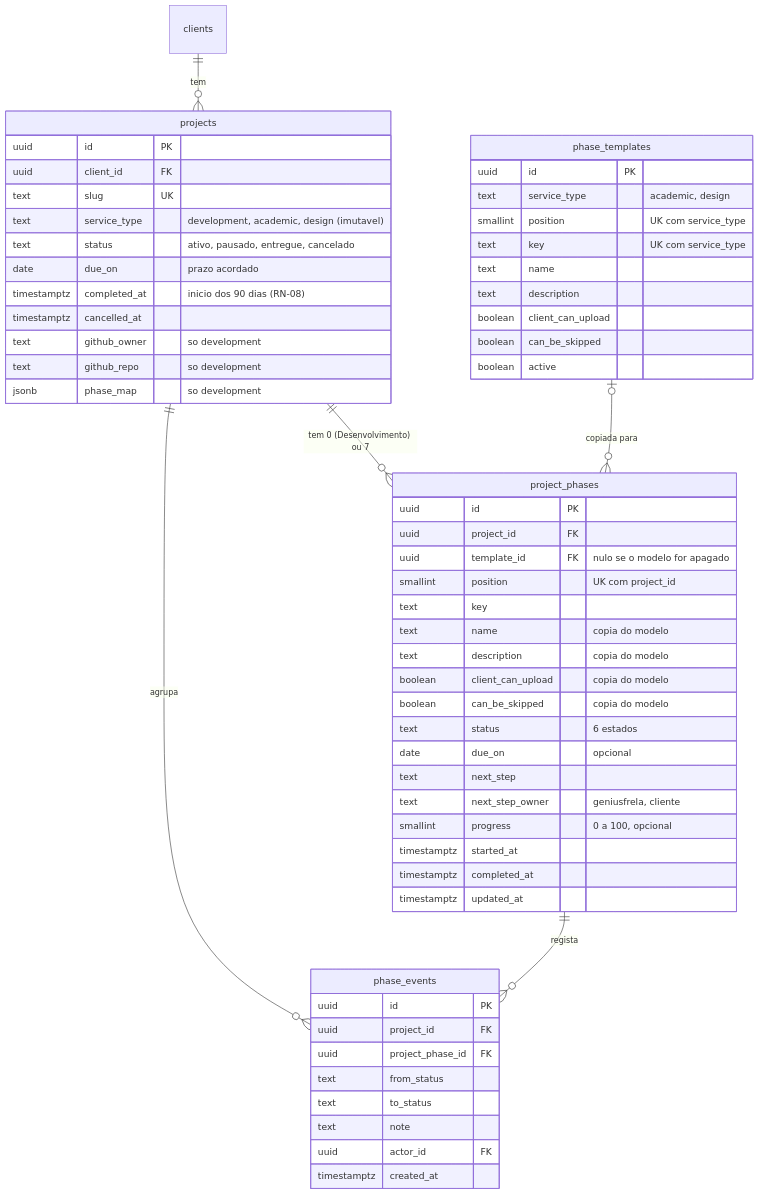
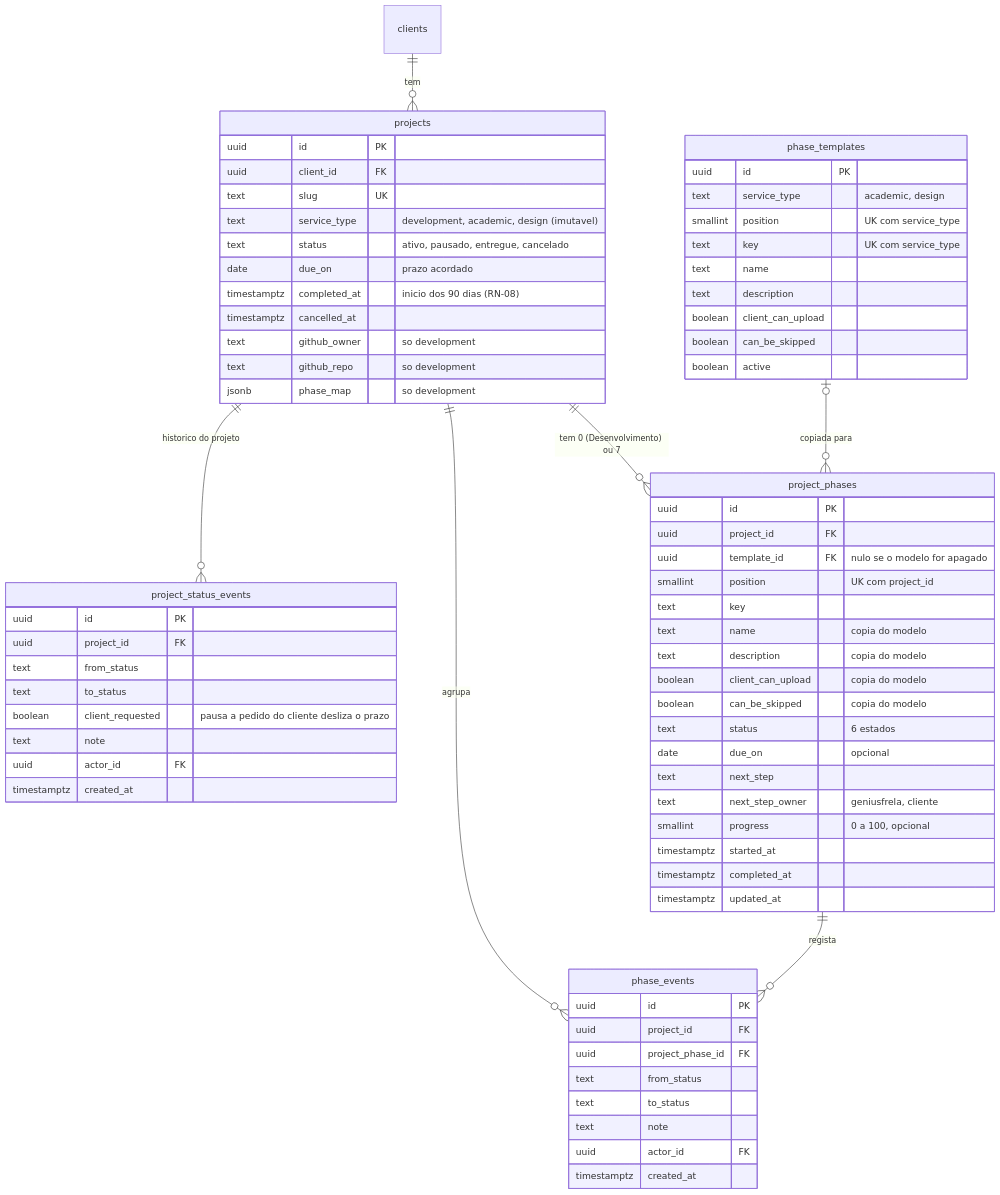
Before and after one commit to lemosGit/Portfolio: the diagram in docs/02-modelagem/src/mer-fases.mmd, drawn with Mermaid. The commit also changed 18 other files, not shown here.

First line of the commit message:
docs(modelagem): diagramas de estados (M2-05)

```diff
--- a/docs/02-modelagem/src/mer-fases.mmd
+++ b/docs/02-modelagem/src/mer-fases.mmd
@@ -1,60 +1,71 @@
 erDiagram
   clients ||--o{ projects : "tem"
   projects ||--o{ project_phases : "tem 0 (Desenvolvimento) ou 7"
   phase_templates |o--o{ project_phases : "copiada para"
   project_phases ||--o{ phase_events : "regista"
   projects ||--o{ phase_events : "agrupa"
+  projects ||--o{ project_status_events : "historico do projeto"
 
   projects {
     uuid id PK
     uuid client_id FK
     text slug UK
     text service_type "development, academic, design (imutavel)"
     text status "ativo, pausado, entregue, cancelado"
     date due_on "prazo acordado"
     timestamptz completed_at "inicio dos 90 dias (RN-08)"
     timestamptz cancelled_at
     text github_owner "so development"
     text github_repo "so development"
     jsonb phase_map "so development"
   }
   phase_templates {
     uuid id PK
     text service_type "academic, design"
     smallint position "UK com service_type"
     text key "UK com service_type"
     text name
     text description
     boolean client_can_upload
     boolean can_be_skipped
     boolean active
   }
   project_phases {
     uuid id PK
     uuid project_id FK
     uuid template_id FK "nulo se o modelo for apagado"
     smallint position "UK com project_id"
     text key
     text name "copia do modelo"
     text description "copia do modelo"
     boolean client_can_upload "copia do modelo"
     boolean can_be_skipped "copia do modelo"
     text status "6 estados"
     date due_on "opcional"
     text next_step
     text next_step_owner "geniusfrela, cliente"
     smallint progress "0 a 100, opcional"
     timestamptz started_at
     timestamptz completed_at
     timestamptz updated_at
   }
   phase_events {
     uuid id PK
     uuid project_id FK
     uuid project_phase_id FK
     text from_status
     text to_status
     text note
     uuid actor_id FK
     timestamptz created_at
   }
+  project_status_events {
+    uuid id PK
+    uuid project_id FK
+    text from_status
+    text to_status
+    boolean client_requested "pausa a pedido do cliente desliza o prazo"
+    text note
+    uuid actor_id FK
+    timestamptz created_at
+  }
```
